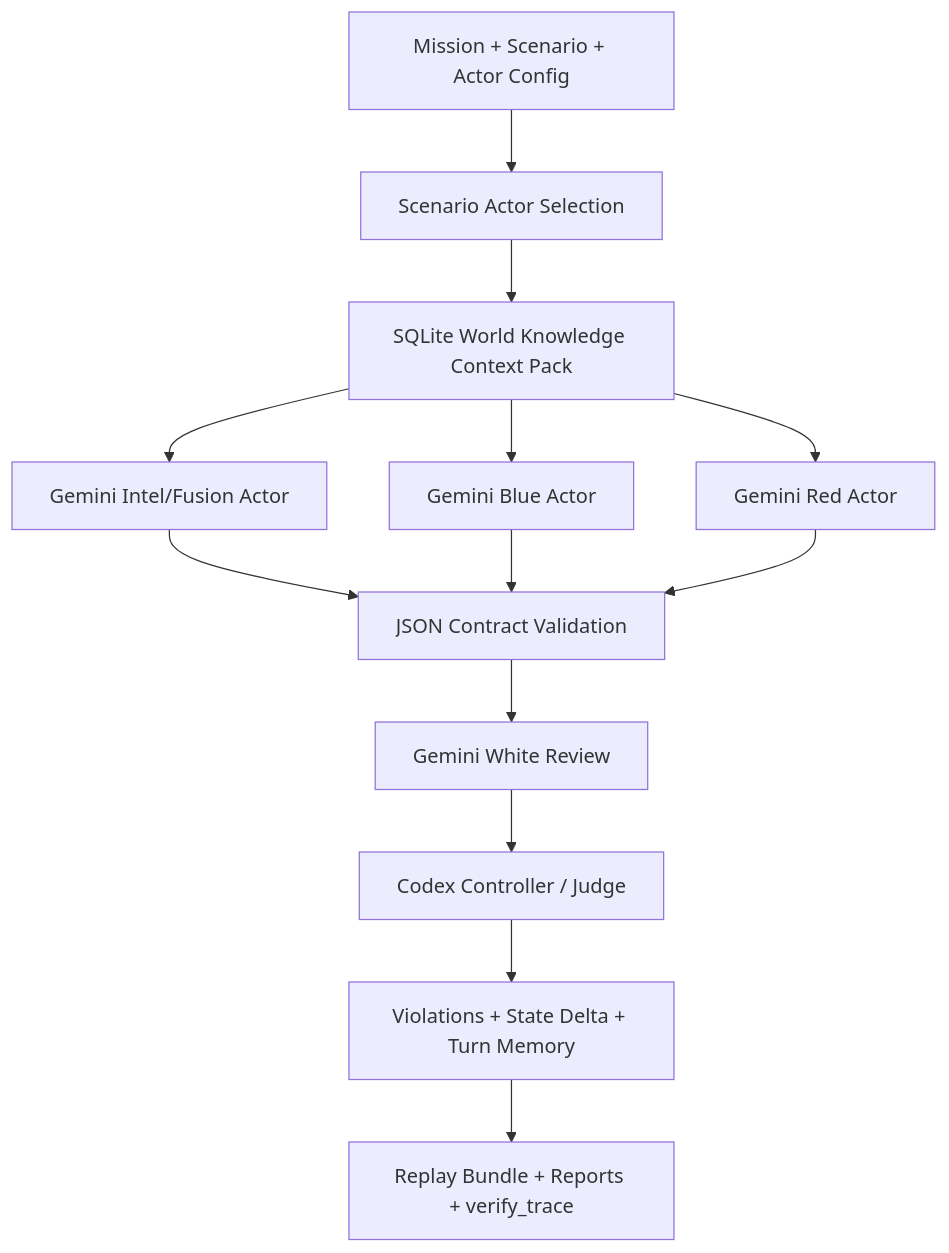
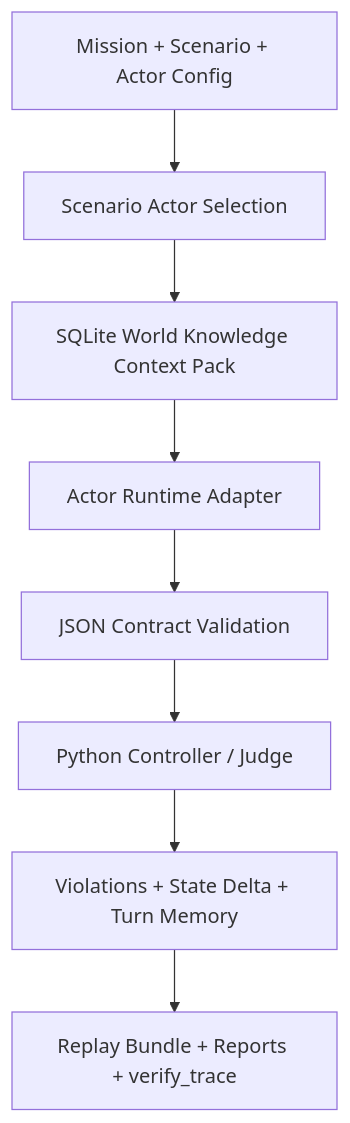
One commit to show940125/indo-pacific-pmesii-wargame-skill changed the diagram in README.md. Above: the diagram before and after it, drawn with Mermaid. The commit also changed other lines of this file and 4 other files, not shown here.

````diff
--- a/README.md
+++ b/README.md
@@ -23,15 +48,10 @@
 ```mermaid
 flowchart TD
     A["Mission + Scenario + Actor Config"] --> B["Scenario Actor Selection"]
     B --> C["SQLite World Knowledge Context Pack"]
-    C --> D["Gemini Intel/Fusion Actor"]
-    C --> E["Gemini Blue Actor"]
-    C --> F["Gemini Red Actor"]
-    D --> G["JSON Contract Validation"]
-    E --> G
-    F --> G
-    G --> H["Gemini White Review"]
-    H --> I["Codex Controller / Judge"]
-    I --> J["Violations + State Delta + Turn Memory"]
-    J --> K["Replay Bundle + Reports + verify_trace"]
+    C --> D["Actor Runtime Adapter"]
+    D --> E["JSON Contract Validation"]
+    E --> F["Python Controller / Judge"]
+    F --> G["Violations + State Delta + Turn Memory"]
+    G --> H["Replay Bundle + Reports + verify_trace"]
 ```
````
